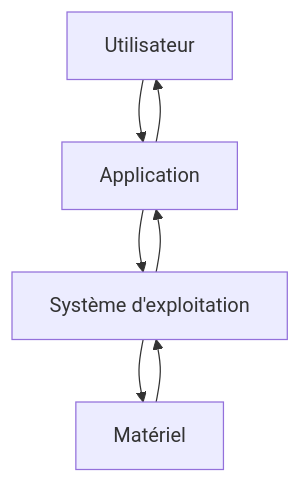
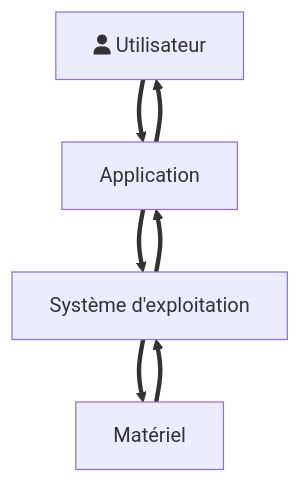
One commit to boddaert/nsi changed the diagram in première/Architecture_des_machines/Systèmes_d_exploitation.md. Above: the diagram before and after it, drawn with Mermaid.

````diff
--- a/première/Architecture_des_machines/Systèmes_d_exploitation.md
+++ b/première/Architecture_des_machines/Systèmes_d_exploitation.md
@@ -9,13 +9,13 @@
 ```mermaid
 flowchart TD
-    A[Utilisateur]
+    A["fas:fa-user Utilisateur"]
     B[Application]
     C[Système d'exploitation]
     D[Matériel]
-    A --> B
-    B --> A
-    B --> C
-    C --> B
-    C --> D
-    D --> C
+    A ==> B
+    B ==> A
+    B ==> C
+    C ==> B
+    C ==> D
+    D ==> C
 ```
````
